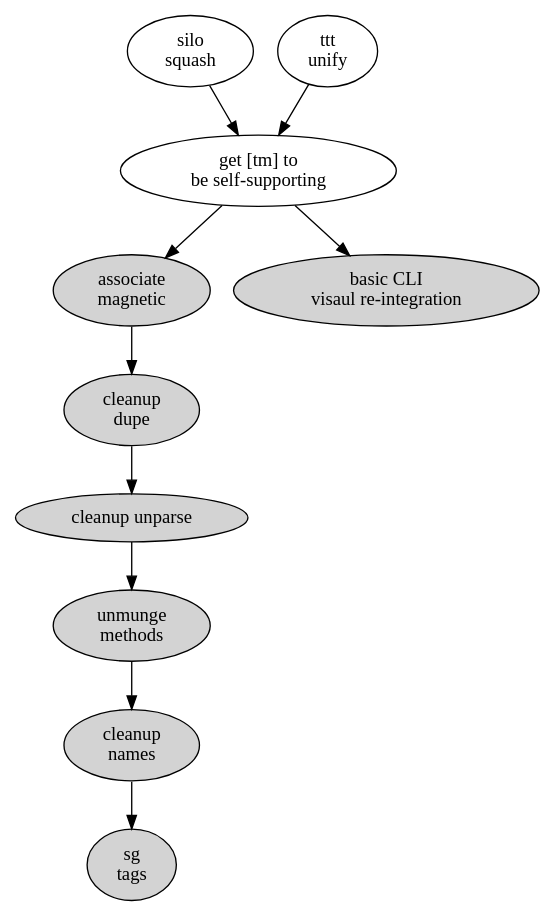
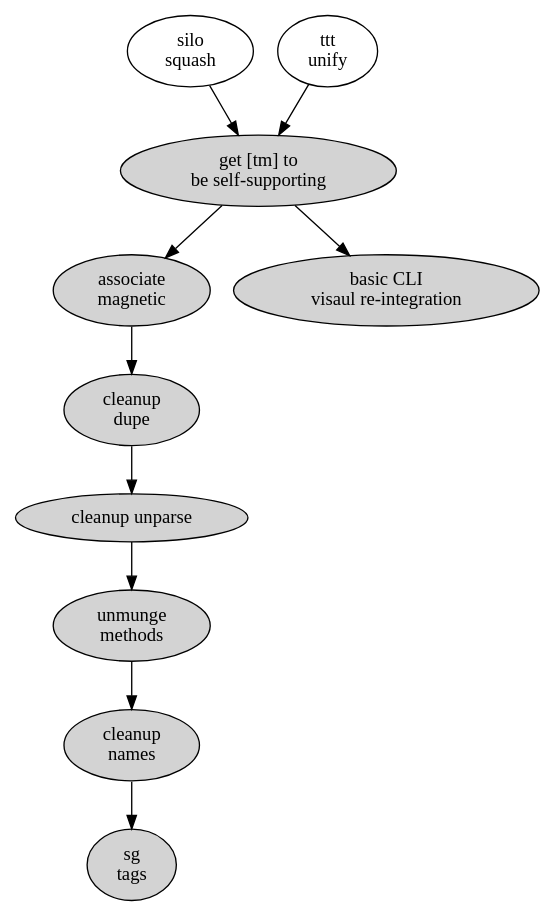
The diagram in lib/skylab/tan-man/doc/the-big-picture-of-now.dot (hipe/tmx), drawn with Graphviz before and after one commit. The commit also changed 27 other files, not shown here.

First line of the commit message:
[tm] BECOMES SELF SUPPORTING. (.. 2769)

```diff
--- a/lib/skylab/tan-man/doc/the-big-picture-of-now.dot
+++ b/lib/skylab/tan-man/doc/the-big-picture-of-now.dot
@@ -1,26 +1,26 @@
 digraph{
+
+  # blue: fillcolor="#b5d5fb" style=filled
+  # done: style=filled
 
   am [ label="associate\nmagnetic" style=filled ]
   cd [ label="cleanup\ndupe" style=filled ]
   cv [ label="basic CLI\nvisaul re-integration" style=filled ]
   cn [ label="cleanup\nnames" style=filled ]
   si [ label="silo\nsquash" ]
-  ss [ label="get [tm] to\nbe self-supporting" ]
+  ss [ label="get [tm] to\nbe self-supporting", style=filled]
   st [ label="sg\ntags" style=filled ]
   tu [ label="ttt\nunify" ]
   um [ label="unmunge\nmethods" style=filled ]
   up [ label="cleanup unparse" style=filled ]
 
   am -> cd
   cd -> up
   cn -> st
   si -> ss
   ss -> cv
   ss -> am
   tu -> ss
   um -> cn
   up -> um
-
-  # that one color of blue: fillcolor="#b5d5fb" style=filled
-
 }
```
